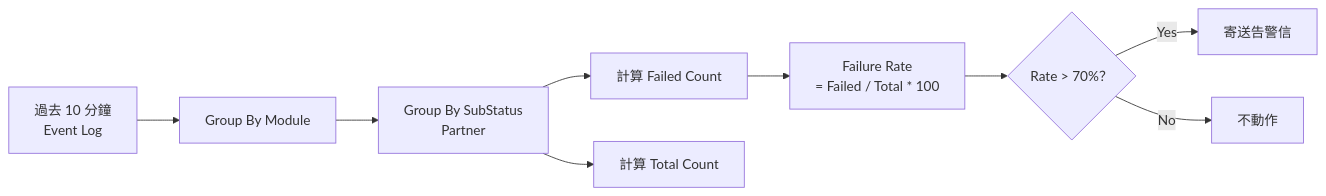
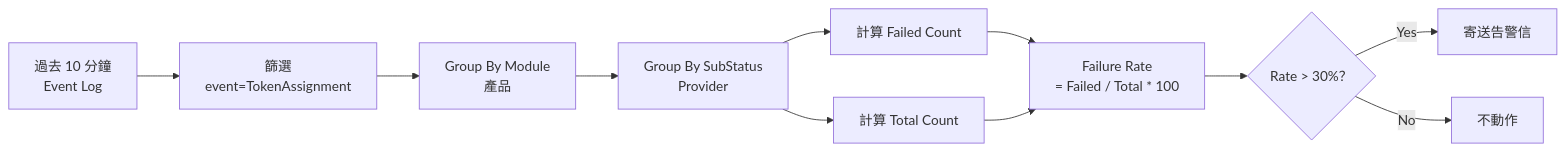
The sixth of 9 diagrams in source/_posts/ELKWatcher.md (Josephmtsai/Josephmtsai.github.io), drawn with Mermaid before and after one commit. The commit also changed other lines of this file and 2 other files, not shown here.

````diff
--- a/source/_posts/ELKWatcher.md
+++ b/source/_posts/ELKWatcher.md
@@ -93,11 +601,13 @@
 ```mermaid
 flowchart LR
-    A["過去 10 分鐘<br/>Event Log"] --> B["Group By Module"]
-    B --> C["Group By SubStatus<br/>Partner"]
-    C --> D["計算 Failed Count"]
-    C --> E["計算 Total Count"]
-    D --> F["Failure Rate<br/>= Failed / Total * 100"]
-    F --> G{"Rate > 70%？"}
-    G -->|Yes| H["寄送告警信"]
-    G -->|No| I["不動作"]
+    A["過去 10 分鐘<br/>Event Log"] --> B["篩選<br/>event=TokenAssignment"]
+    B --> C["Group By Module<br/>產品"]
+    C --> D["Group By SubStatus<br/>Provider"]
+    D --> E["計算 Failed Count"]
+    D --> F["計算 Total Count"]
+    E --> G["Failure Rate<br/>= Failed / Total * 100"]
+    F --> G
+    G --> H{"Rate > 30%？"}
+    H -->|Yes| I["寄送告警信"]
+    H -->|No| J["不動作"]
 ```
````
